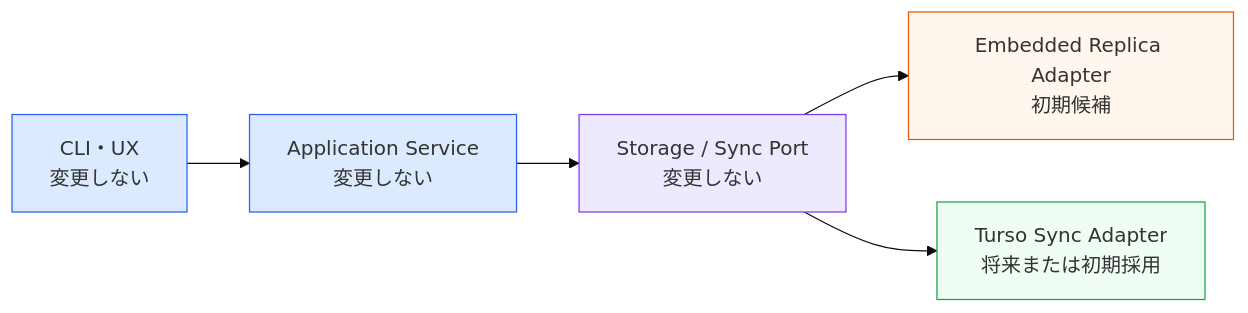
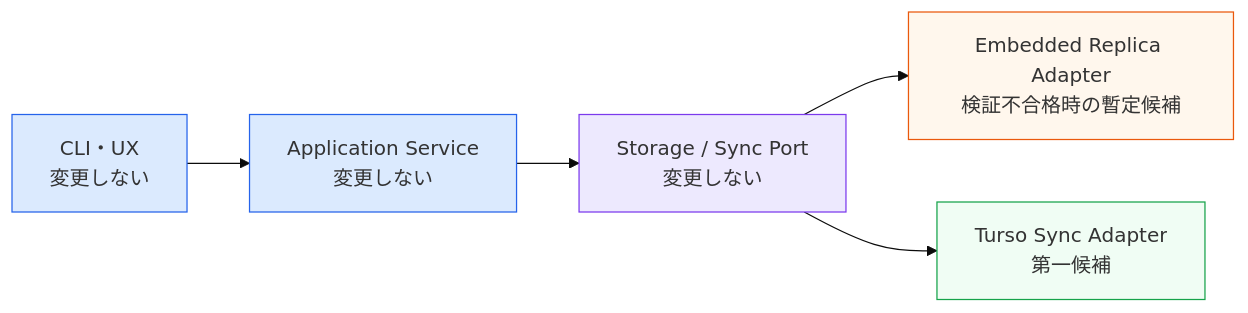
Before and after one commit to mgmaru/algo-loom: the first of 9 diagrams in database/turso-migration-compatibility-design.md, drawn with Mermaid (base theme). The commit also changed other lines of this file, not shown here.

Commit message:
docs: align sync adapter migration strategy

````diff
--- a/database/turso-migration-compatibility-design.md
+++ b/database/turso-migration-compatibility-design.md
@@ -37,13 +38,13 @@
 ```mermaid
 flowchart LR
     CLI[CLI・UX<br/>変更しない] --> APP[Application Service<br/>変更しない]
     APP --> PORT[Storage / Sync Port<br/>変更しない]
-    PORT --> E[Embedded Replica Adapter<br/>初期候補]
-    PORT --> S[Turso Sync Adapter<br/>将来または初期採用]
+    PORT --> E[Embedded Replica Adapter<br/>検証不合格時の暫定候補]
+    PORT --> S[Turso Sync Adapter<br/>第一候補]
 
     style CLI fill:#dbeafe,stroke:#2563eb
     style APP fill:#dbeafe,stroke:#2563eb
     style PORT fill:#ede9fe,stroke:#7c3aed
     style E fill:#fff7ed,stroke:#ea580c
     style S fill:#f0fdf4,stroke:#16a34a
 ```
````
